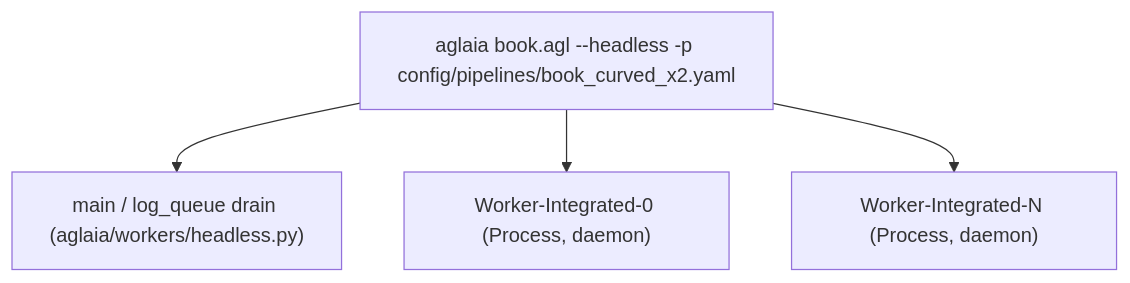
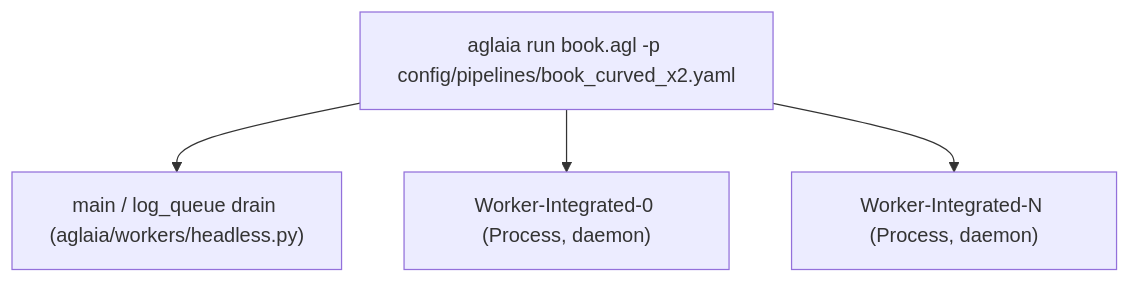
The third of 3 diagrams in docs/architecture.md (yb85/aglaia), drawn with Mermaid before and after one commit. The commit also changed other lines of this file and 19 other files, not shown here.

````diff
--- a/docs/architecture.md
+++ b/docs/architecture.md
@@ -141,10 +141,10 @@
 ```mermaid
 flowchart TD
-    Root["aglaia book.agl --headless -p config/pipelines/book_curved_x2.yaml"]
+    Root["aglaia run book.agl -p config/pipelines/book_curved_x2.yaml"]
     Main["main / log_queue drain (aglaia/workers/headless.py)"]
     W0["Worker-Integrated-0 (Process, daemon)"]
     WN["Worker-Integrated-N (Process, daemon)"]
     Root --> Main
     Root --> W0
     Root --> WN
 ```
````
